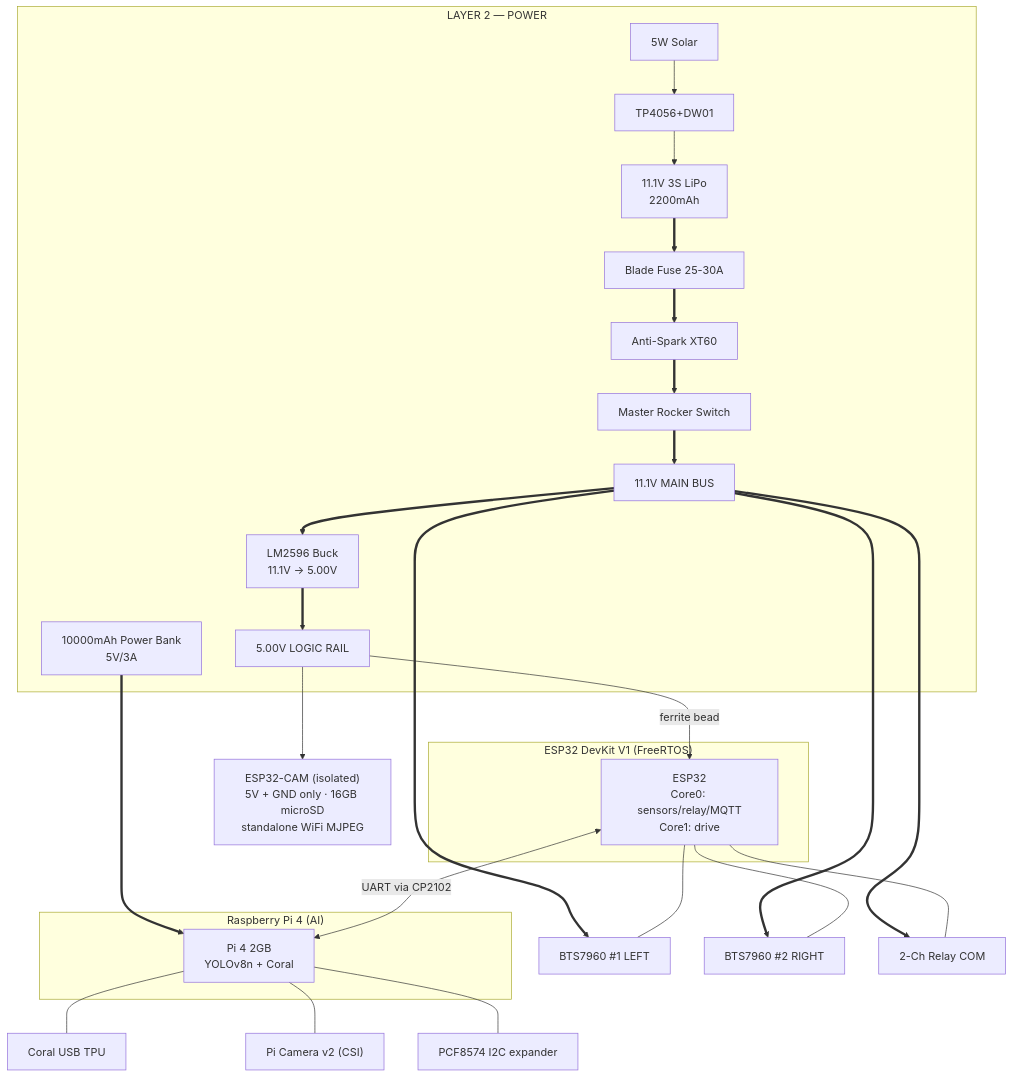
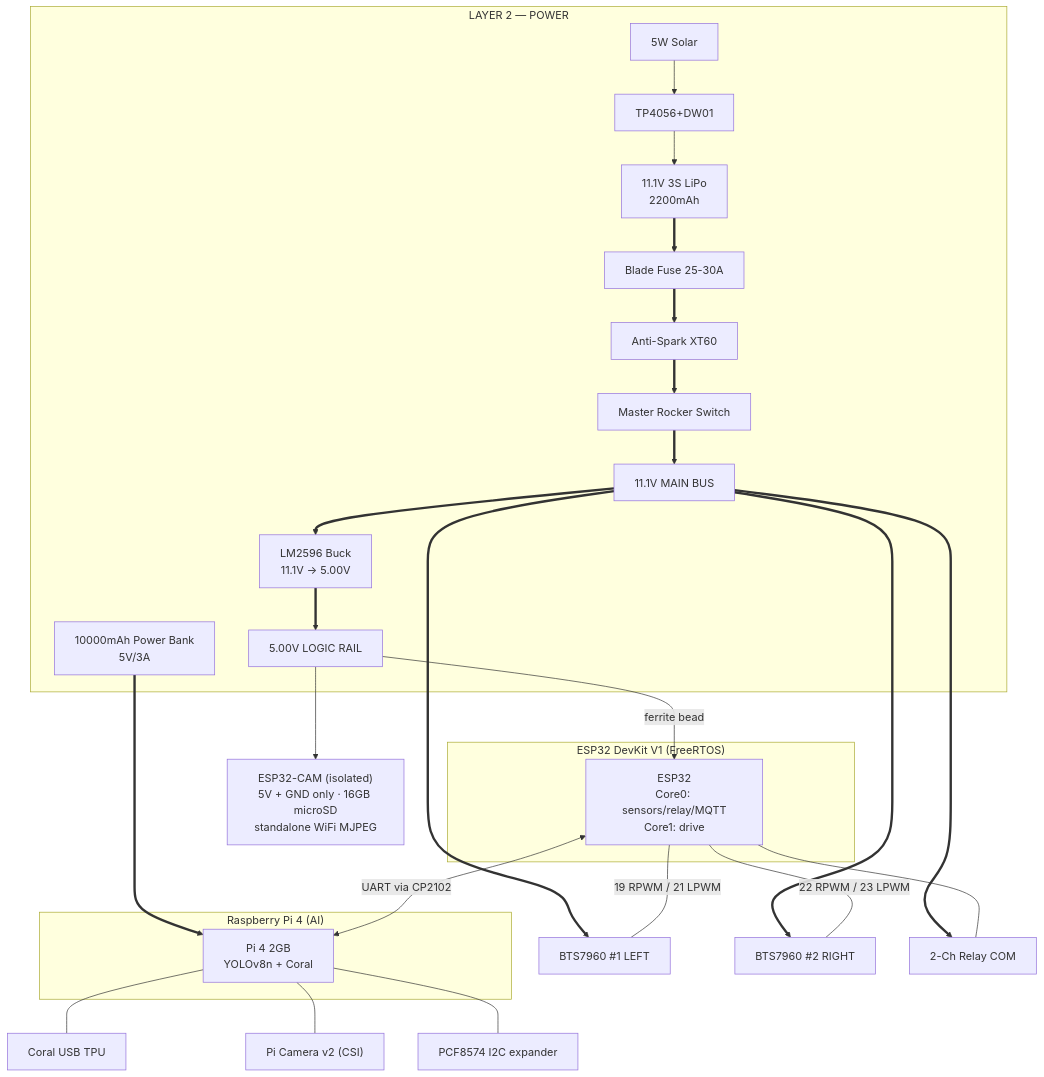
Before and after one commit to aman123825/agrobot: the first of 3 diagrams in docs/circuit-diagram.md, drawn with Mermaid. The commit also changed other lines of this file and 5 other files, not shown here.

First line of the commit message:
docs(circuit): professional BTS7960 pin-level schematic + purge stale L298N wiring

````diff
--- a/docs/circuit-diagram.md
+++ b/docs/circuit-diagram.md
@@ -14,39 +14,39 @@
 ```mermaid
 flowchart TB
     subgraph POWER["LAYER 2 — POWER"]
         LIPO["11.1V 3S LiPo<br/>2200mAh"]
         FUSE["Blade Fuse 25-30A"]
         ASXT["Anti-Spark XT60"]
         SW["Master Rocker Switch"]
         BUS["11.1V MAIN BUS"]
         BUCK["LM2596 Buck<br/>11.1V -> 5.00V"]
         RAIL5["5.00V LOGIC RAIL"]
         PBANK["10000mAh Power Bank<br/>5V/3A"]
         SOLAR["5W Solar"] --> TP["TP4056+DW01"] --> LIPO
         LIPO ==> FUSE ==> ASXT ==> SW ==> BUS
         BUS ==> BUCK ==> RAIL5
     end
 
     subgraph ESP["ESP32 DevKit V1 (FreeRTOS)"]
         E32["ESP32<br/>Core0: sensors/relay/MQTT<br/>Core1: drive"]
     end
 
     subgraph PI["Raspberry Pi 4 (AI)"]
         RPI["Pi 4 2GB<br/>YOLOv8n + Coral"]
     end
 
     RAIL5 -->|ferrite bead| E32
     PBANK ==> RPI
     BUS ==> L298L["BTS7960 #1 LEFT"]
     BUS ==> L298R["BTS7960 #2 RIGHT"]
     BUS ==> RLY["2-Ch Relay COM"]
 
     E32 <-->|"UART via CP2102"| RPI
-    E32 --- L298L
-    E32 --- L298R
+    E32 ---|"19 RPWM / 21 LPWM"| L298L
+    E32 ---|"22 RPWM / 23 LPWM"| L298R
     E32 --- RLY
     RPI --- CORAL["Coral USB TPU"]
     RPI --- CAM["Pi Camera v2 (CSI)"]
     RPI --- PCF["PCF8574 I2C expander"]
     RAIL5 --> ECAM["ESP32-CAM (isolated)<br/>5V + GND only · 16GB microSD<br/>standalone WiFi MJPEG"]
 ```
````
